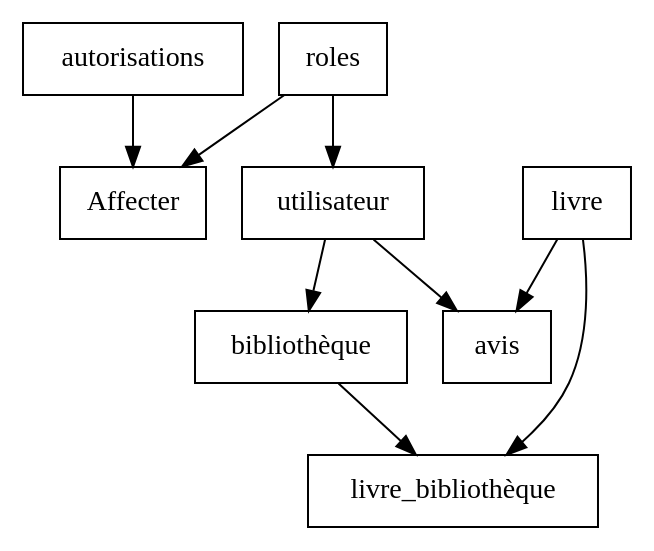
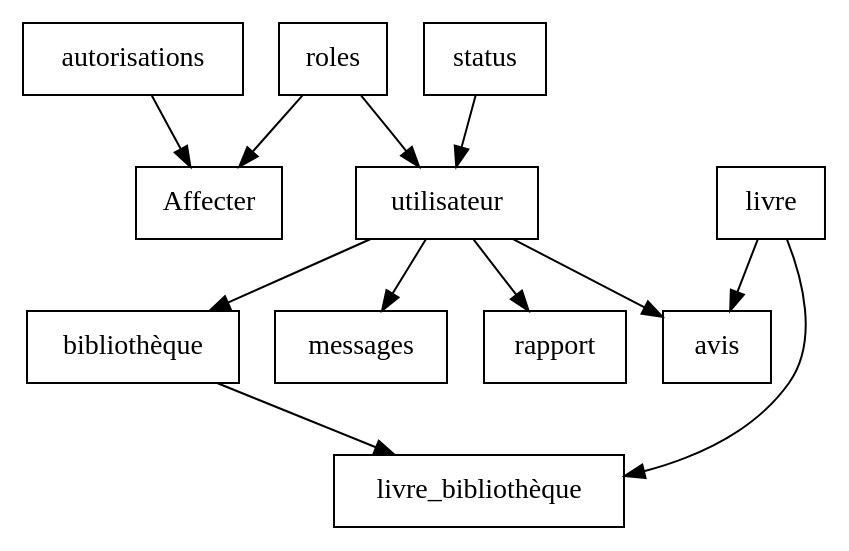
Before and after one commit to Mickael45B/DPro-micha_blablabooks: the diagram in conception/partie_back/01_MCD/MCD_dependencies.gv, drawn with Graphviz. The commit also changed 31 other files, not shown here.

```diff
--- a/conception/partie_back/01_MCD/MCD_dependencies.gv
+++ b/conception/partie_back/01_MCD/MCD_dependencies.gv
@@ -1,13 +1,16 @@
 // Generated by Mocodo 4.3.2
 
 digraph {
   node [shape=box]
   "roles" -> "Affecter"
   "autorisations" -> "Affecter"
   "livre" -> "avis"
   "utilisateur" -> "avis"
   "utilisateur" -> "bibliothèque"
   "bibliothèque" -> "livre_bibliothèque"
   "livre" -> "livre_bibliothèque"
+  "utilisateur" -> "messages"
+  "utilisateur" -> "rapport"
+  "status" -> "utilisateur"
   "roles" -> "utilisateur"
 }
```
